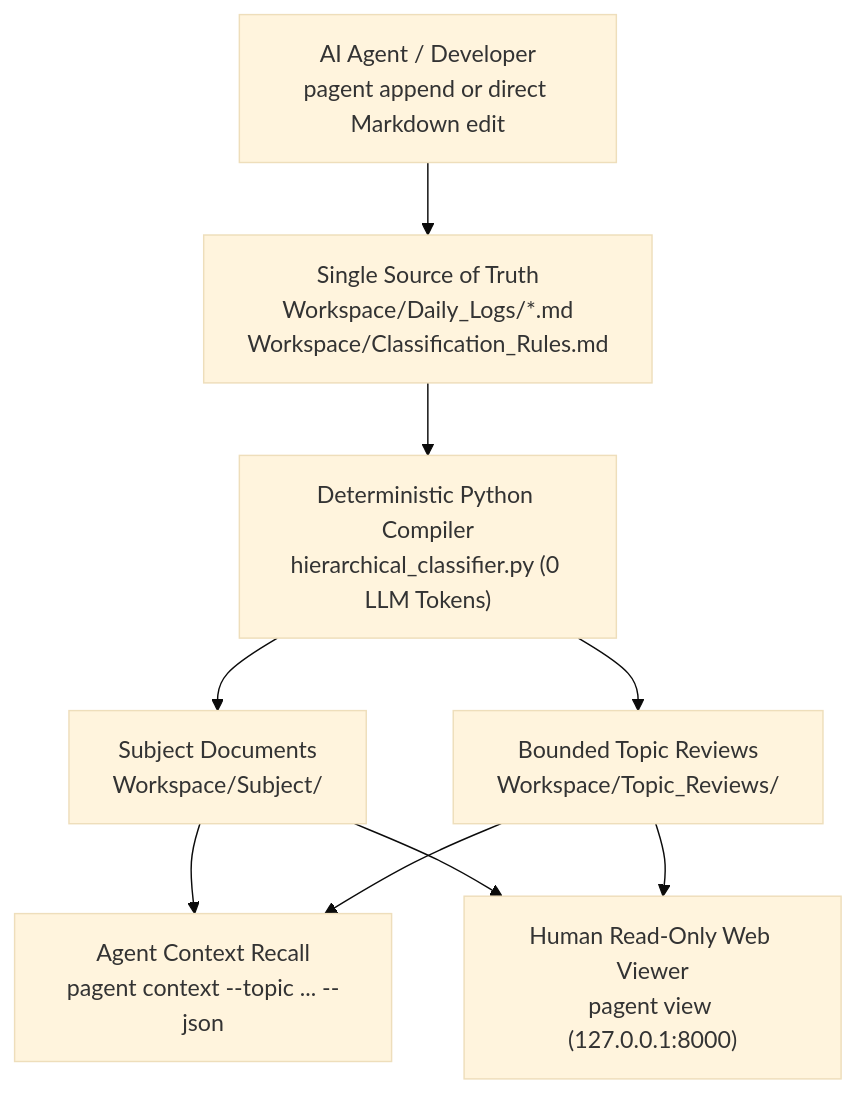
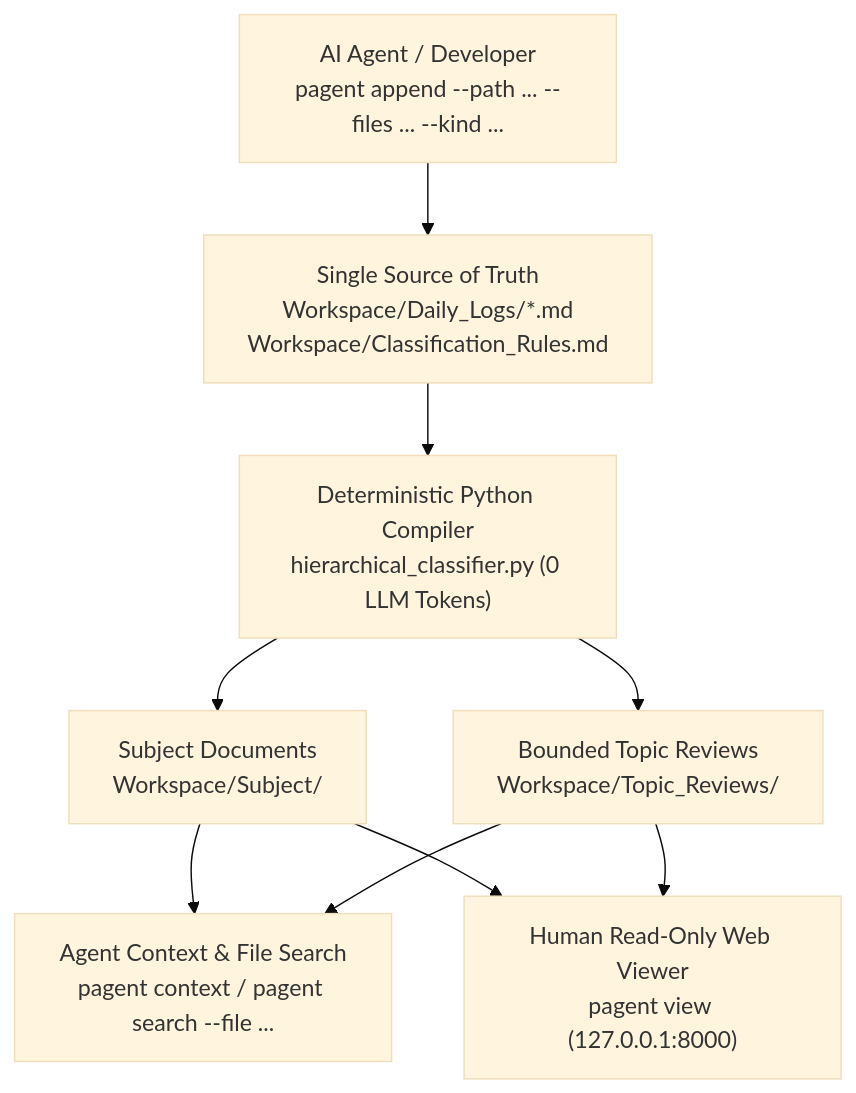
The diagram in README.md (Rubidius37/Agent2Topic), drawn with Mermaid (base theme) before and after one commit. The commit also changed other lines of this file and 10 other files, not shown here.

Commit message:
Add file/kind/query search, smart append merging, CWD discovery, and viewer TOC

````diff
--- a/README.md
+++ b/README.md
@@ -18,19 +19,19 @@
 ```mermaid
 flowchart TD
-    A["AI Agent / Developer<br/>pagent append or direct Markdown edit"]
+    A["AI Agent / Developer<br/>pagent append --path ... --files ... --kind ..."]
     B["Single Source of Truth<br/>Workspace/Daily_Logs/*.md<br/>Workspace/Classification_Rules.md"]
     C["Deterministic Python Compiler<br/>hierarchical_classifier.py (0 LLM Tokens)"]
     D["Subject Documents<br/>Workspace/Subject/"]
     E["Bounded Topic Reviews<br/>Workspace/Topic_Reviews/"]
-    F["Agent Context Recall<br/>pagent context --topic ... --json"]
+    F["Agent Context & File Search<br/>pagent context / pagent search --file ..."]
     G["Human Read-Only Web Viewer<br/>pagent view (127.0.0.1:8000)"]
 
     A --> B
     B --> C
     C --> D
     C --> E
     D --> F
     E --> F
     D --> G
     E --> G
 ```
````
